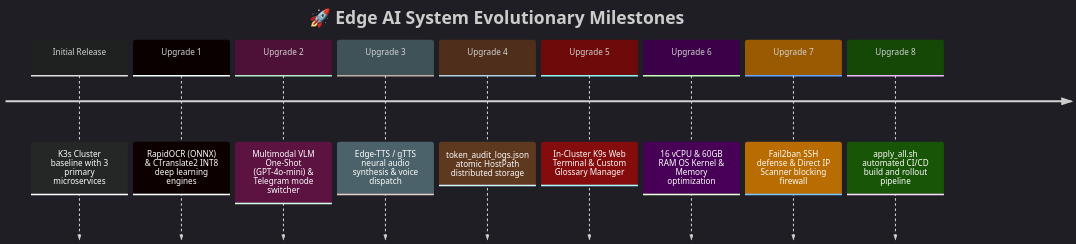
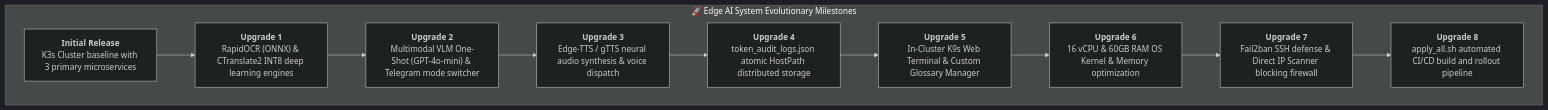
One commit to ttlojs-john/Technical-Notes changed the diagram in content/Edge_AI/04_upgrades_and_evolution_EN.md. Above: the diagram before and after it, drawn with Mermaid (dark theme). The commit also changed other lines of this file and 112 other files, not shown here.

Commit message:
fix(mermaid): fix Mermaid v11.4.0 syntax errors in eBPF report and sync updated content docs

````diff
--- a/content/Edge_AI/04_upgrades_and_evolution_EN.md
+++ b/content/Edge_AI/04_upgrades_and_evolution_EN.md
@@ -24,13 +31,22 @@
 ```mermaid
-timeline
-    title 🚀 Edge AI System Evolutionary Milestones
-    Initial Release : K3s Cluster baseline with 3 primary microservices
-    Upgrade 1 : RapidOCR (ONNX) & CTranslate2 INT8 deep learning engines
-    Upgrade 2 : Multimodal VLM One-Shot (GPT-4o-mini) & Telegram mode switcher
-    Upgrade 3 : Edge-TTS / gTTS neural audio synthesis & voice dispatch
-    Upgrade 4 : token_audit_logs.json atomic HostPath distributed storage
-    Upgrade 5 : In-Cluster K9s Web Terminal & Custom Glossary Manager
-    Upgrade 6 : 16 vCPU & 60GB RAM OS Kernel & Memory optimization
-    Upgrade 7 : Fail2ban SSH defense & Direct IP Scanner blocking firewall
-    Upgrade 8 : apply_all.sh automated CI/CD build and rollout pipeline
+flowchart TD
+    subgraph Timeline ["🚀 Edge AI System Evolutionary Milestones"]
+        Step0["<b>Initial Release</b><br/>K3s Cluster baseline with 3 primary microservices"]
+        Step1["<b>Upgrade 1</b><br/>RapidOCR (ONNX) & CTranslate2 INT8 deep learning engines"]
+        Step0 --> Step1
+        Step2["<b>Upgrade 2</b><br/>Multimodal VLM One-Shot (GPT-4o-mini) & Telegram mode switcher"]
+        Step1 --> Step2
+        Step3["<b>Upgrade 3</b><br/>Edge-TTS / gTTS neural audio synthesis & voice dispatch"]
+        Step2 --> Step3
+        Step4["<b>Upgrade 4</b><br/>token_audit_logs.json atomic HostPath distributed storage"]
+        Step3 --> Step4
+        Step5["<b>Upgrade 5</b><br/>In-Cluster K9s Web Terminal & Custom Glossary Manager"]
+        Step4 --> Step5
+        Step6["<b>Upgrade 6</b><br/>16 vCPU & 60GB RAM OS Kernel & Memory optimization"]
+        Step5 --> Step6
+        Step7["<b>Upgrade 7</b><br/>Fail2ban SSH defense & Direct IP Scanner blocking firewall"]
+        Step6 --> Step7
+        Step8["<b>Upgrade 8</b><br/>apply_all.sh automated CI/CD build and rollout pipeline"]
+        Step7 --> Step8
+    end
 ```
````
